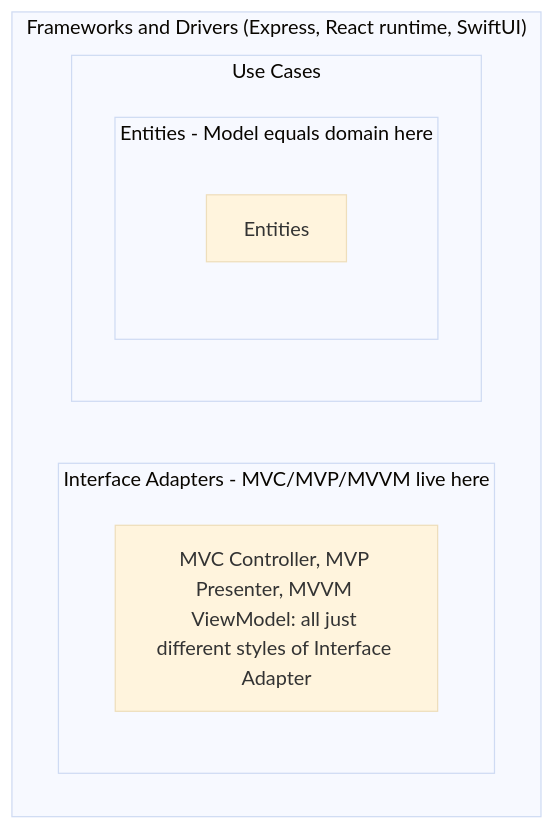
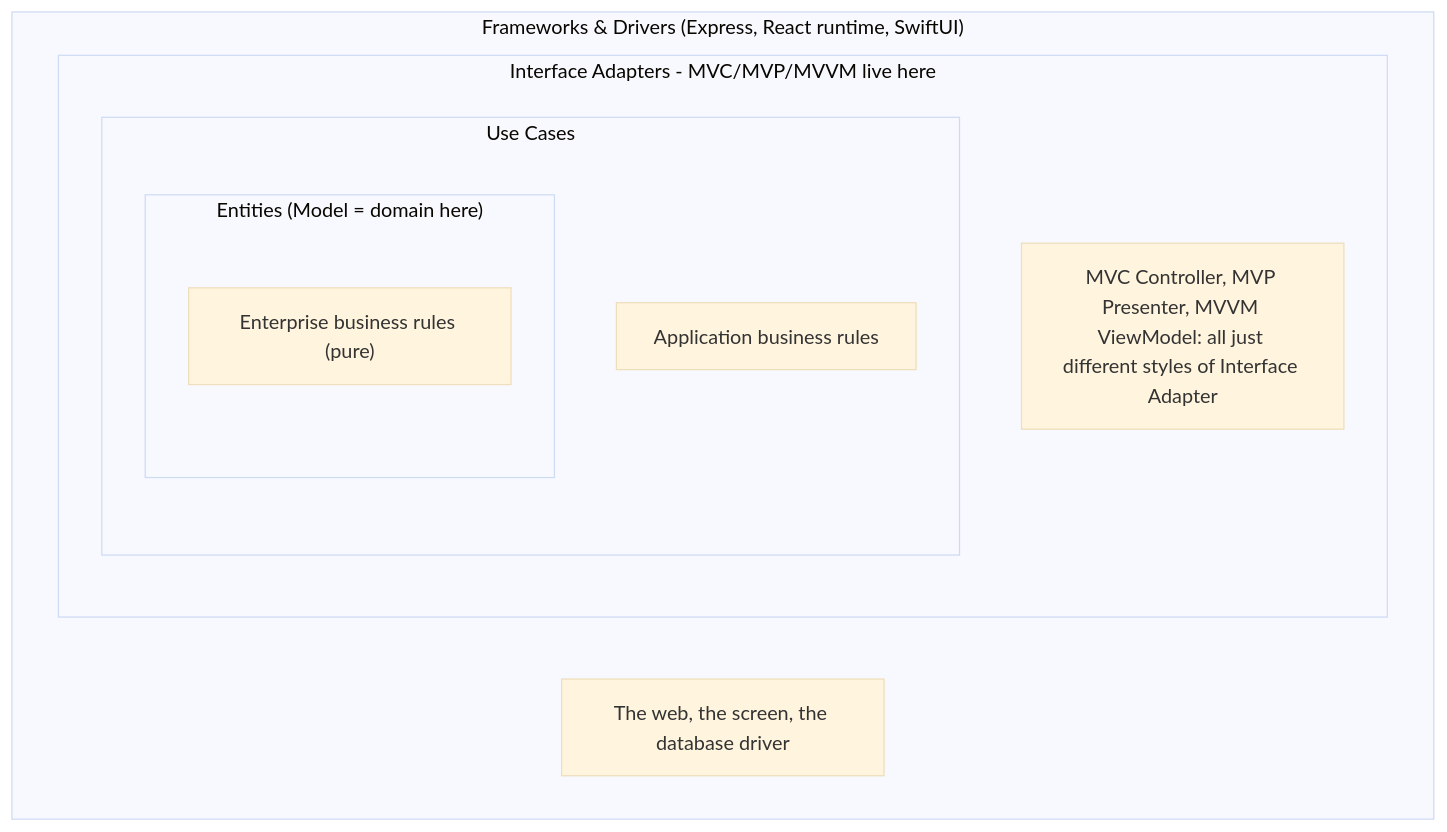
One commit to suphakin-th/system-architecture-design-learning-book changed the fifth of 5 diagrams in docs/architecture/32_mvc_mvp_mvvm.md. Above: the diagram before and after it, drawn with Mermaid (base theme). The commit also changed 2 other files, not shown here.

Commit message:
docs: stop nested Clean Architecture diagrams from collapsing
Subgraphs whose only child was another subgraph rendered as empty shells
that collapse into each other in the browser. Give every layer a real
labeled node so Mermaid sizes each ring, and nest IA/UC/Entities concentric
(not as siblings) to match the dependency rule. Verified by rendering each
diagram with mermaid-cli.

````diff
--- a/docs/architecture/32_mvc_mvp_mvvm.md
+++ b/docs/architecture/32_mvc_mvp_mvvm.md
@@ -510,13 +510,15 @@
 ```mermaid
 flowchart TD
-    subgraph FD["Frameworks and Drivers (Express, React runtime, SwiftUI)"]
+    subgraph FD["Frameworks & Drivers (Express, React runtime, SwiftUI)"]
+        FDn["The web, the screen, the database driver"]
         subgraph IA["Interface Adapters - MVC/MVP/MVVM live here"]
             ADAPTERS["MVC Controller, MVP Presenter, MVVM ViewModel: all just different styles of Interface Adapter"]
-        end
-        subgraph UC["Use Cases"]
-            subgraph ENT["Entities - Model equals domain here"]
-                E["Entities"]
+            subgraph UC["Use Cases"]
+                UCn["Application business rules"]
+                subgraph ENT["Entities (Model = domain here)"]
+                    E["Enterprise business rules (pure)"]
+                end
             end
         end
     end
 ```
````
